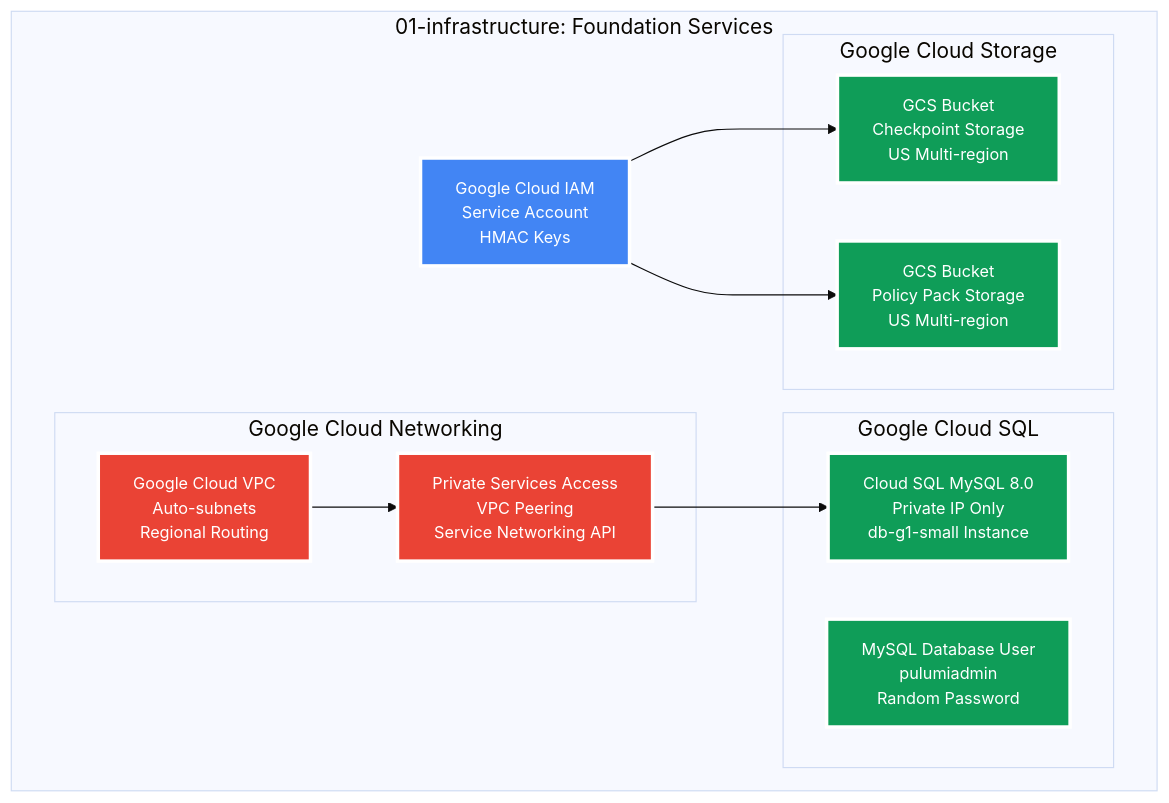
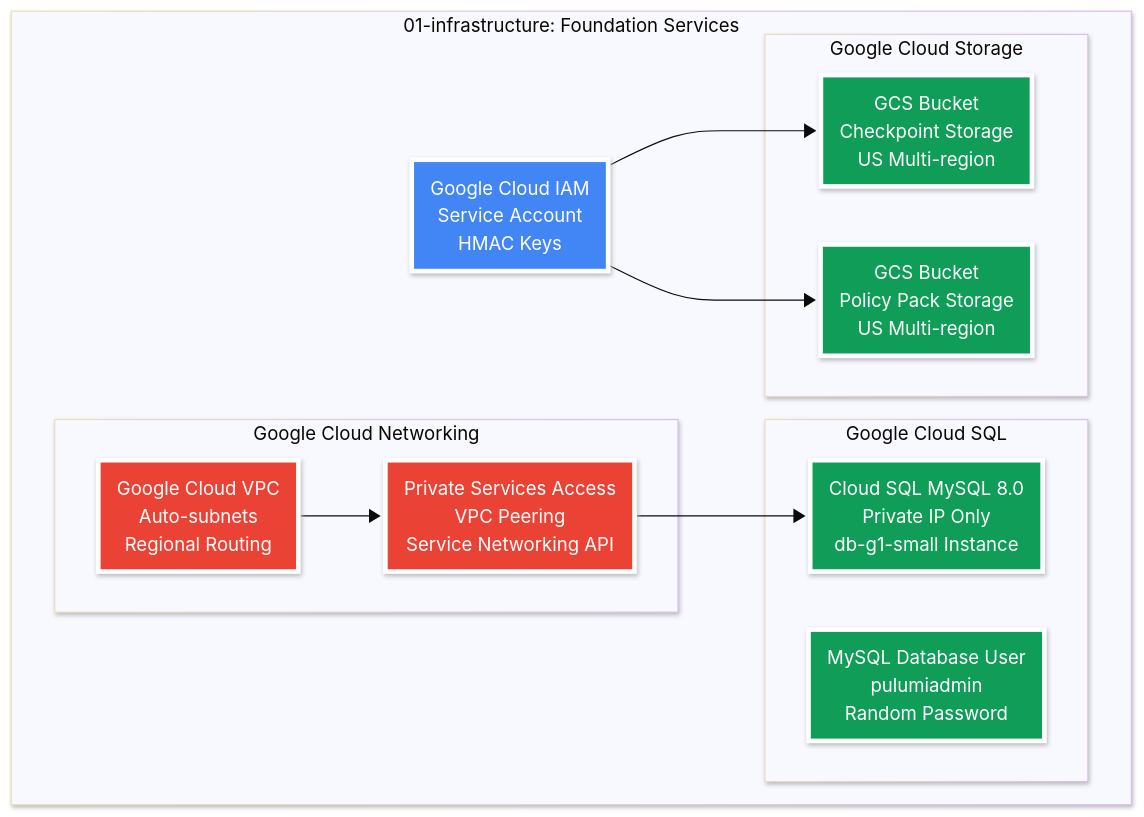
One commit to pulumi/pulumi-self-hosted-installers changed the diagram in gke-hosted/diagrams/02-infrastructure.mmd. Above: the diagram before and after it, drawn with Mermaid. The commit also changed 55 other files, not shown here.

```diff
--- a/gke-hosted/diagrams/02-infrastructure.mmd
+++ b/gke-hosted/diagrams/02-infrastructure.mmd
@@ -1,29 +1,33 @@
-%%{init: {'theme':'base', 'themeVariables': {'fontSize': '18px', 'fontFamily': 'Arial, sans-serif'}}}%%
+---
+config:
+  look: neo
+  theme: base
+---
 graph TD
-    classDef gcp fill:#4285F4,stroke:#FFFFFF,stroke-width:3px,color:#FFFFFF,font-size:14px
-    classDef storage fill:#0F9D58,stroke:#FFFFFF,stroke-width:3px,color:#FFFFFF,font-size:14px
-    classDef network fill:#EA4335,stroke:#FFFFFF,stroke-width:3px,color:#FFFFFF,font-size:14px
+    classDef gcp fill:#4285F4,stroke:#FFFFFF,stroke-width:4px,color:#FFFFFF
+    classDef storage fill:#0F9D58,stroke:#FFFFFF,stroke-width:4px,color:#FFFFFF
+    classDef network fill:#EA4335,stroke:#FFFFFF,stroke-width:4px,color:#FFFFFF
     
     subgraph INFRA["01-infrastructure: Foundation Services"]
         subgraph NET["Google Cloud Networking"]
             VPC[Google Cloud VPC<br/>Auto-subnets<br/>Regional Routing]:::network
             VPC_PEERING[Private Services Access<br/>VPC Peering<br/>Service Networking API]:::network
         end
         
         subgraph DB["Google Cloud SQL"]
             MYSQL[Cloud SQL MySQL 8.0<br/>Private IP Only<br/>db-g1-small Instance]:::storage
             DB_USER[MySQL Database User<br/>pulumiadmin<br/>Random Password]:::storage
         end
         
         subgraph STORAGE["Google Cloud Storage"]
             GCS_CHECKPOINT[GCS Bucket<br/>Checkpoint Storage<br/>US Multi-region]:::storage
             GCS_POLICY[GCS Bucket<br/>Policy Pack Storage<br/>US Multi-region]:::storage
         end
         
         SERVICE_ACCOUNT[Google Cloud IAM<br/>Service Account<br/>HMAC Keys]:::gcp
     end
     
     VPC --> VPC_PEERING
     VPC_PEERING --> MYSQL
     SERVICE_ACCOUNT --> GCS_CHECKPOINT
     SERVICE_ACCOUNT --> GCS_POLICY
```
